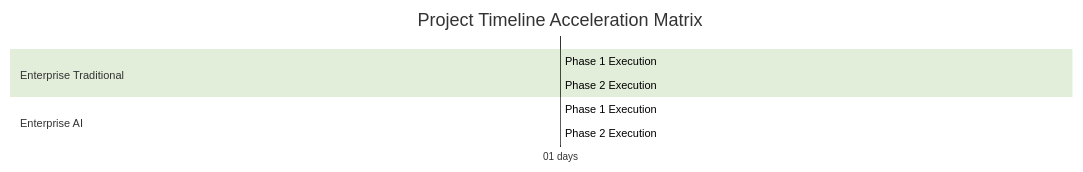
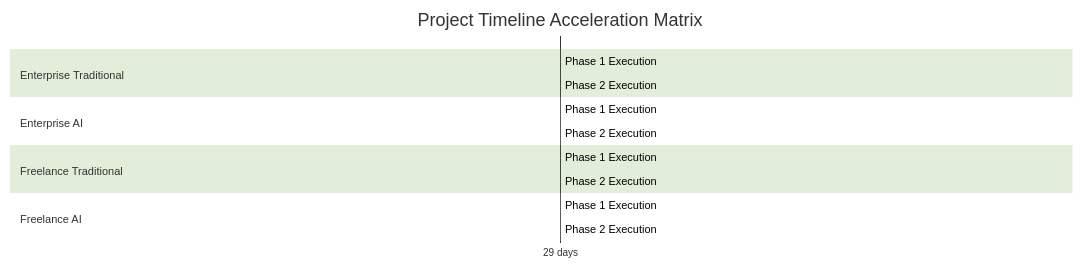
The second of 3 diagrams in sources/agents/estimation/agent_estimator.prompt.user.md (hainguyen81/ai-scraper), drawn with Mermaid (forest theme) before and after one commit. The commit also changed other lines of this file, not shown here.

````diff
--- a/sources/agents/estimation/agent_estimator.prompt.user.md
+++ b/sources/agents/estimation/agent_estimator.prompt.user.md
@@ -147,12 +149,18 @@
 ```mermaid
 gantt
 title Project Timeline Acceleration Matrix
-dateFormat X
+dateFormat YYYY-MM-DD
 axisFormat %d days
 section Enterprise Traditional
-Phase 1 Execution :ent_p1, 0, [Insert_Calculated_Days_Int]
-Phase 2 Execution :ent_p2, after ent_p1, [Insert_Calculated_Days_Int]
+Phase 1 Execution :active, ent_p1, 2026-07-29, [Insert_Calculated_Days_Int]d
+Phase 2 Execution :ent_p2, after ent_p1, [Insert_Calculated_Days_Int]d
 section Enterprise AI
-Phase 1 Execution :ent_ai1, 0, [Insert_Calculated_Days_Int]
-Phase 2 Execution :ent_ai2, after ent_ai1, [Insert_Calculated_Days_Int]
+Phase 1 Execution :active, ent_ai1, 2026-07-29, [Insert_Calculated_Days_Int]d
+Phase 2 Execution :ent_ai2, after ent_ai1, [Insert_Calculated_Days_Int]d
+section Freelance Traditional
+Phase 1 Execution :active, free_p1, 2026-07-29, [Insert_Calculated_Days_Int]d
+Phase 2 Execution :free_p2, after free_p1, [Insert_Calculated_Days_Int]d
+section Freelance AI
+Phase 1 Execution :active, free_ai1, 2026-07-29, [Insert_Calculated_Days_Int]d
+Phase 2 Execution :free_ai2, after free_ai1, [Insert_Calculated_Days_Int]d
 ```
````
